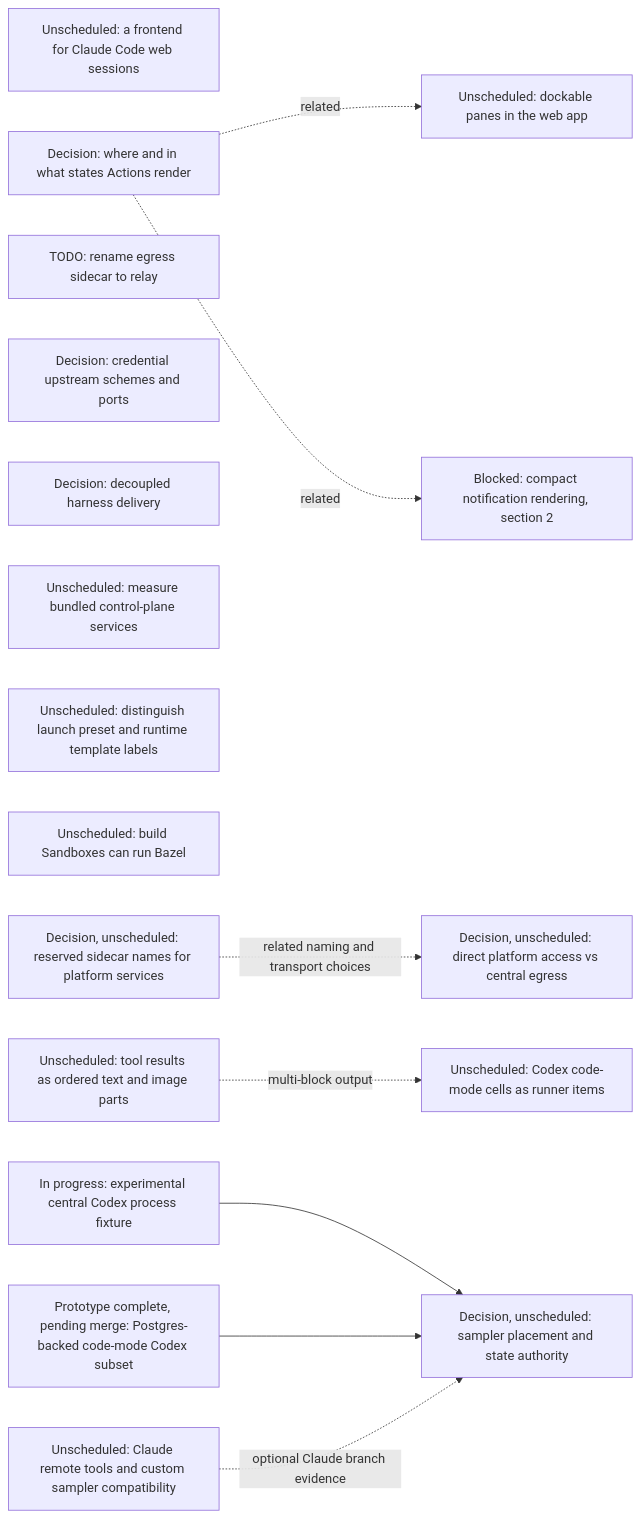
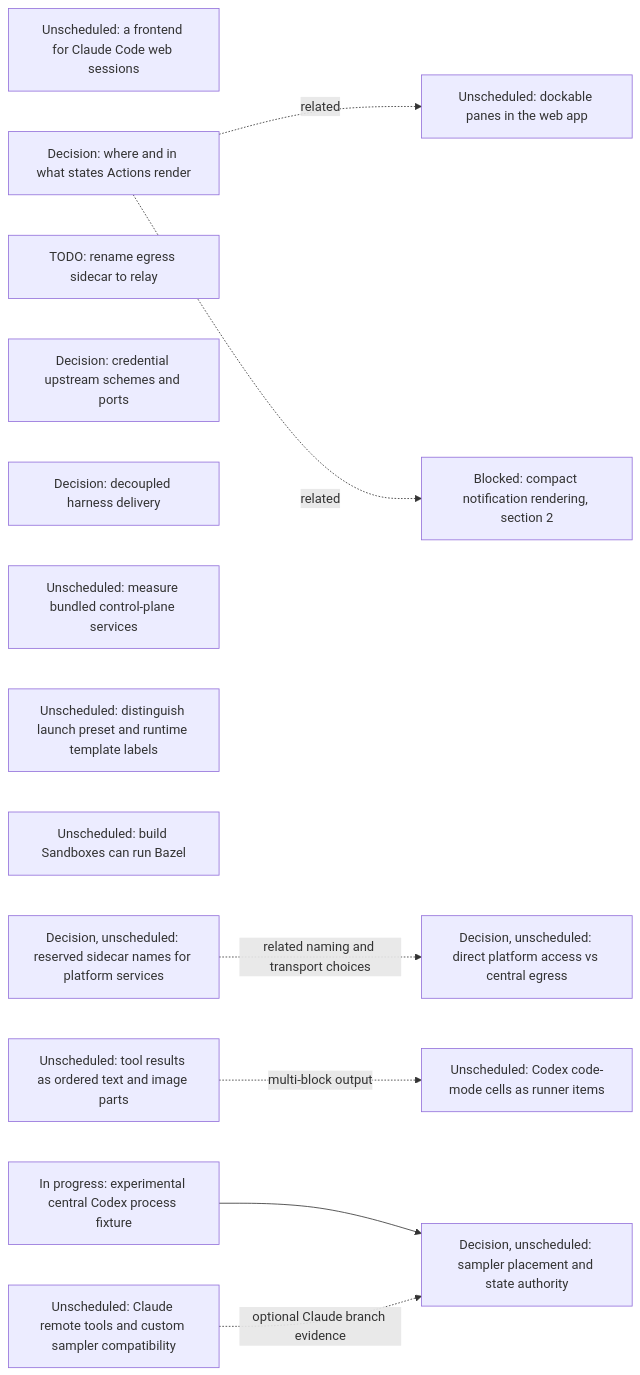
Before and after one commit to agentydragon-agent/ducktape: the eighth of 19 diagrams in agentplane/plans/task_dag.md, drawn with Mermaid. The commit also changed other lines of this file and 22 other files, not shown here.

````diff
--- a/agentplane/plans/task_dag.md
+++ b/agentplane/plans/task_dag.md
@@ -589,26 +589,24 @@
 ```mermaid
 flowchart LR
     CLAUDE_CODE_WEB_BRIDGE[Unscheduled: a frontend for Claude Code web sessions]
     ACTION_SURFACES_DESIGN[Decision: where and in what states Actions render]
     EGRESS_RELAY_RENAME[TODO: rename egress sidecar to relay]
     EGRESS_CREDENTIAL_TRANSPORT_DESIGN[Decision: credential upstream schemes and ports]
     RUNNER_HARNESS_DELIVERY_DESIGN[Decision: decoupled harness delivery]
     K3S_BUNDLED_SERVICES_SPIKE[Unscheduled: measure bundled control-plane services]
     DOCKABLE_PANES[Unscheduled: dockable panes in the web app]
     ACTION_SURFACES_DESIGN -. related .-> DOCKABLE_PANES
     NOTIFICATION_PRESENTATION[Blocked: compact notification rendering, section 2]
     ACTION_SURFACES_DESIGN -. related .-> NOTIFICATION_PRESENTATION
     SANDBOX_FORM_TERMINOLOGY[Unscheduled: distinguish launch preset and runtime template labels]
     BUILD_BOX_BAZEL[Unscheduled: build Sandboxes can run Bazel]
     PLATFORM_SERVICE_NAMES_DESIGN[Decision, unscheduled: reserved sidecar names for platform services]
     PLATFORM_SERVICE_ROUTING_DESIGN[Decision, unscheduled: direct platform access vs central egress]
     PLATFORM_SERVICE_NAMES_DESIGN -. related naming and transport choices .-> PLATFORM_SERVICE_ROUTING_DESIGN
     STRUCTURED_TOOL_OUTPUT[Unscheduled: tool results as ordered text and image parts]
     STRUCTURED_TOOL_OUTPUT -. multi-block output .-> CODEX_CODE_MODE_CELLS[Unscheduled: Codex code-mode cells as runner items]
     CENTRAL_CODEX_SPIKE[In progress: experimental central Codex process fixture]
     CENTRAL_CODEX_SPIKE --> HARNESS_PLACEMENT_DESIGN[Decision, unscheduled: sampler placement and state authority]
-    POSTGRES_HARNESS_SPIKE[Prototype complete, pending merge: Postgres-backed code-mode Codex subset]
-    POSTGRES_HARNESS_SPIKE --> HARNESS_PLACEMENT_DESIGN
     CLAUDE_REMOTE_EXECUTION_SPIKE[Unscheduled: Claude remote tools and custom sampler compatibility]
     CLAUDE_REMOTE_EXECUTION_SPIKE -. optional Claude branch evidence .-> HARNESS_PLACEMENT_DESIGN
 ```
````
